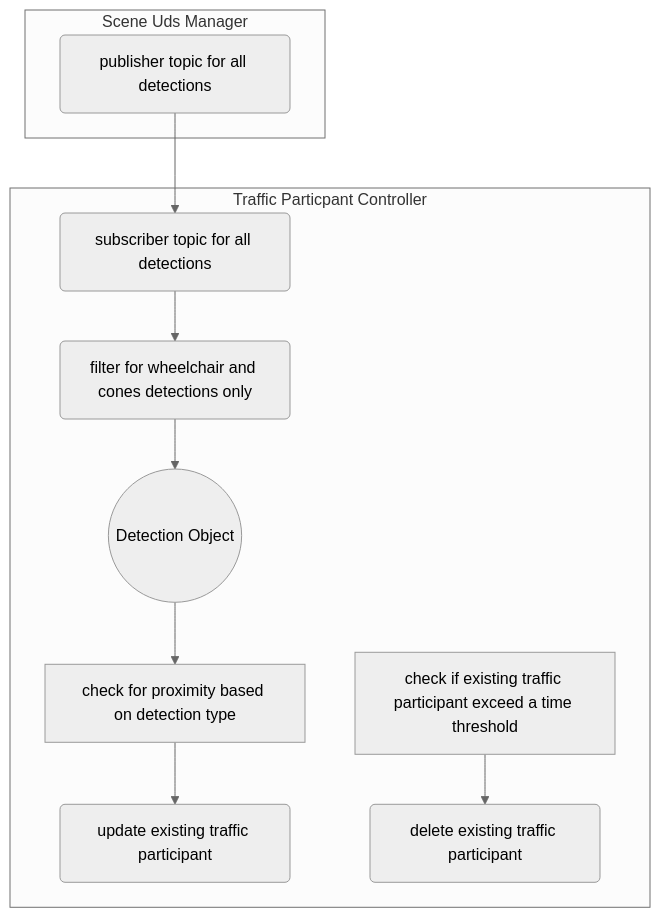
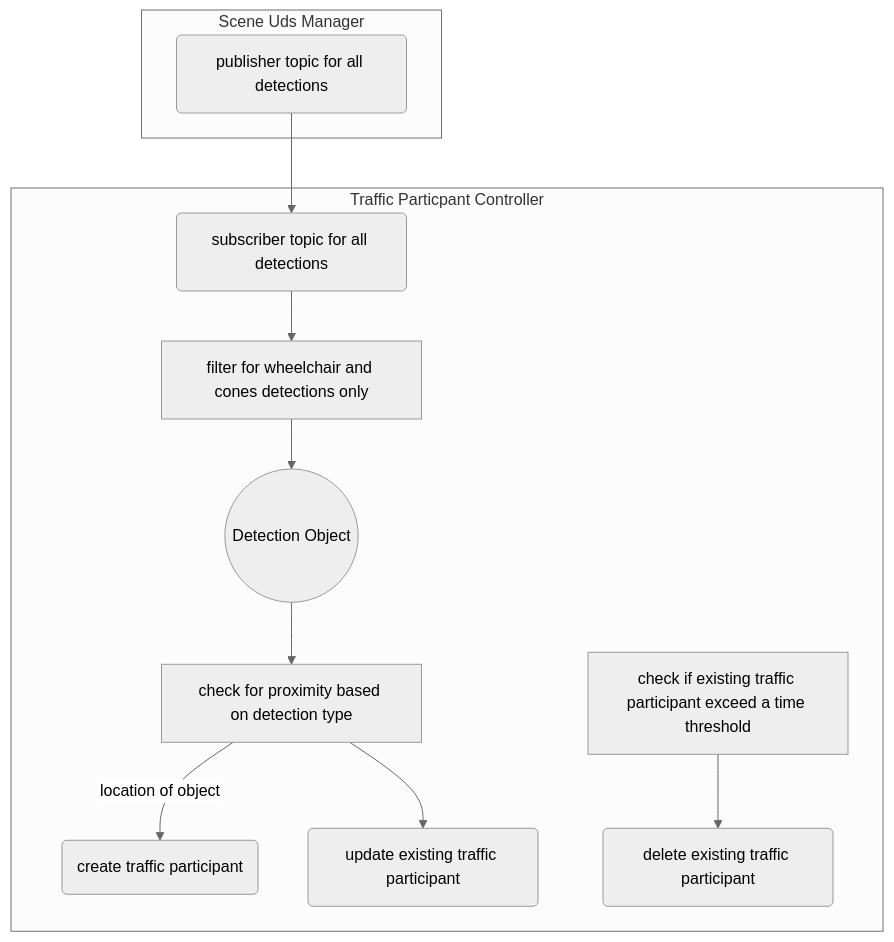
One commit to mxgrey/su_traffic_participant changed the diagram in README.md. Above: the diagram before and after it, drawn with Mermaid (neutral theme).

````diff
--- a/README.md
+++ b/README.md
@@ -5,17 +5,18 @@
 ```mermaid
 graph TB
 
   Publisher --> Subscriber
   subgraph "Scene Uds Manager"
   Publisher(publisher topic for all detections)
   end
 
   subgraph "Traffic Particpant Controller"
   Subscriber(subscriber topic for all detections)
-  Subscriber --> FindClass(filter for wheelchair and cones detections only) --> Detection((Detection Object))
+  Subscriber --> FindClass[filter for wheelchair and cones detections only] --> Detection((Detection Object))
   Detection --> Proximity[check for proximity based on detection type]
+  Proximity -- location of object --> Create(create traffic participant)
   Proximity --> Update(update existing traffic participant)
   CountdownTimer[check if existing traffic participant exceed a time threshold] --> Delete(delete existing traffic participant)
 
 end
 ```
````
